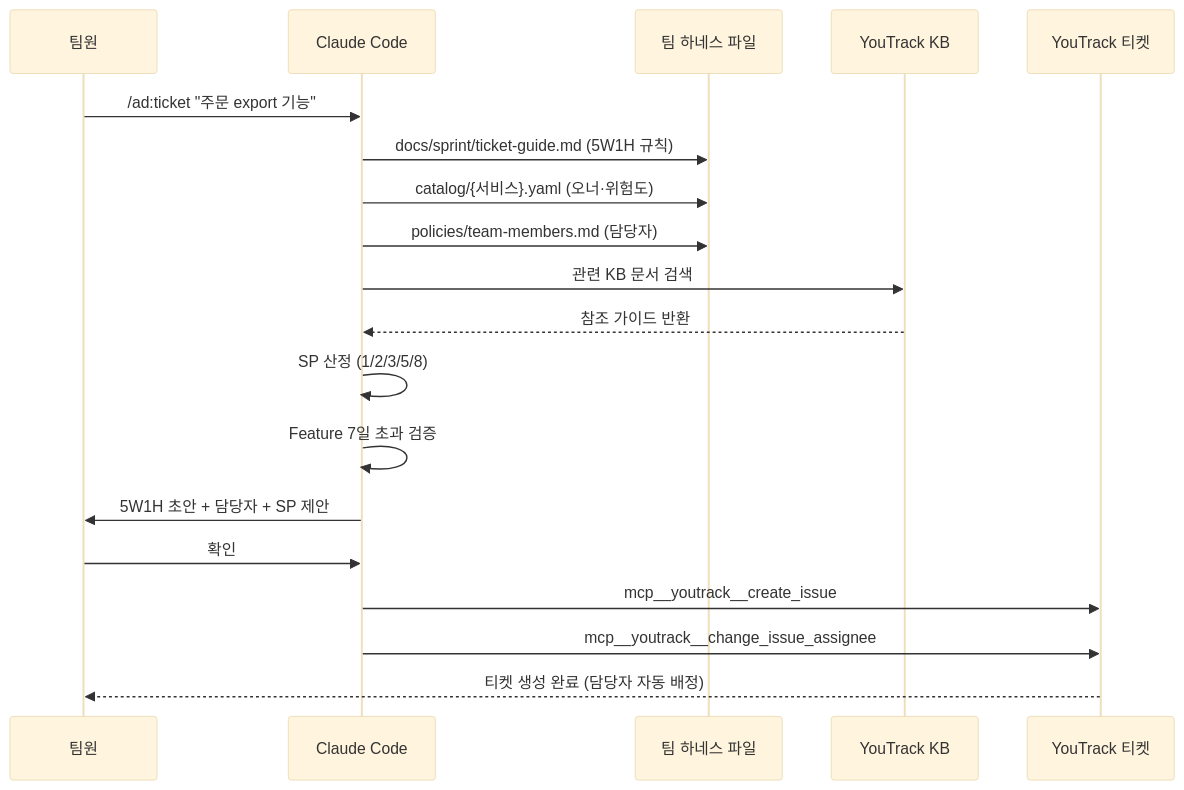
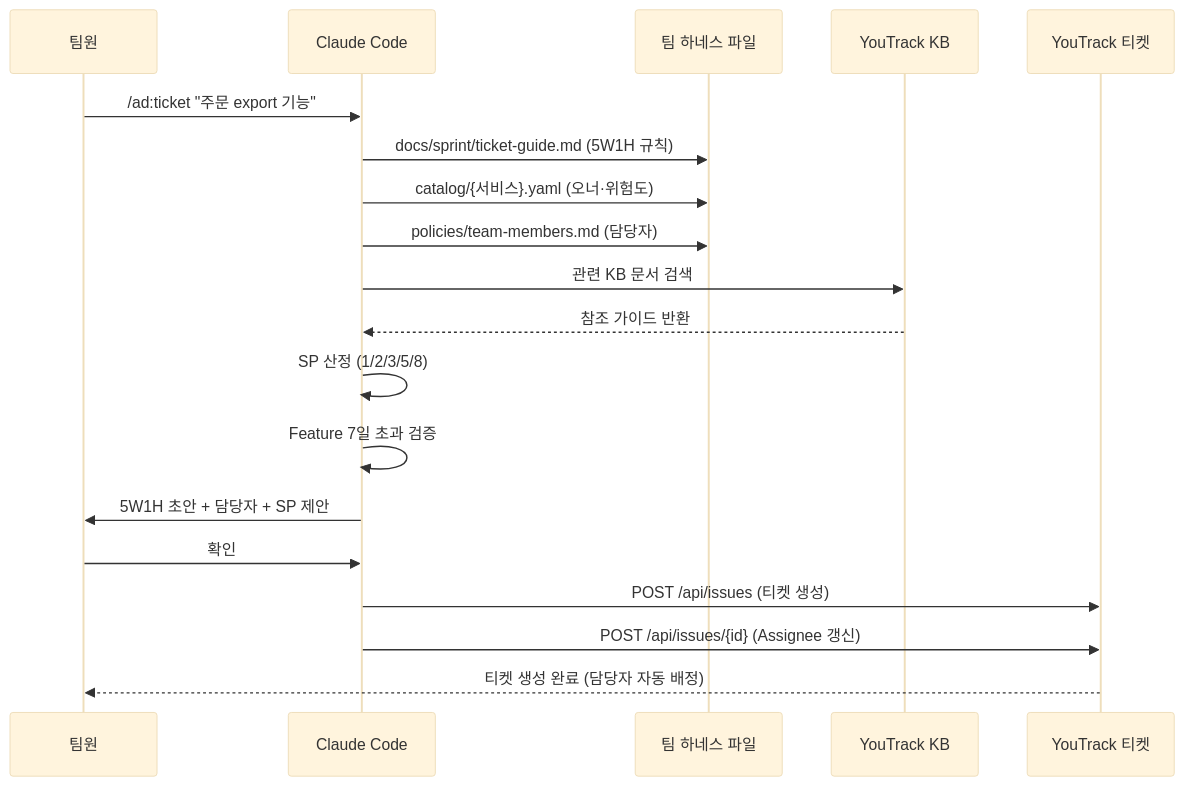
One commit to jmkim-aladin/team2-harness changed the fourth of 8 diagrams in docs/team-harness-design.md. Above: the diagram before and after it, drawn with Mermaid (base theme). The commit also changed 4 other files, not shown here.

````diff
--- a/docs/team-harness-design.md
+++ b/docs/team-harness-design.md
@@ -228,22 +228,22 @@
 ```mermaid
 sequenceDiagram
     participant U as 팀원
     participant CC as Claude Code
     participant H as 팀 하네스 파일
     participant KB as YouTrack KB
     participant YT as YouTrack 티켓
 
     U->>CC: /ad:ticket "주문 export 기능"
     CC->>H: docs/sprint/ticket-guide.md (5W1H 규칙)
     CC->>H: catalog/{서비스}.yaml (오너·위험도)
     CC->>H: policies/team-members.md (담당자)
     CC->>KB: 관련 KB 문서 검색
     KB-->>CC: 참조 가이드 반환
     CC->>CC: SP 산정 (1/2/3/5/8)
     CC->>CC: Feature 7일 초과 검증
     CC->>U: 5W1H 초안 + 담당자 + SP 제안
     U->>CC: 확인
-    CC->>YT: mcp__youtrack__create_issue
-    CC->>YT: mcp__youtrack__change_issue_assignee
+    CC->>YT: POST /api/issues (티켓 생성)
+    CC->>YT: POST /api/issues/{id} (Assignee 갱신)
     YT-->>U: 티켓 생성 완료 (담당자 자동 배정)
 ```
````
